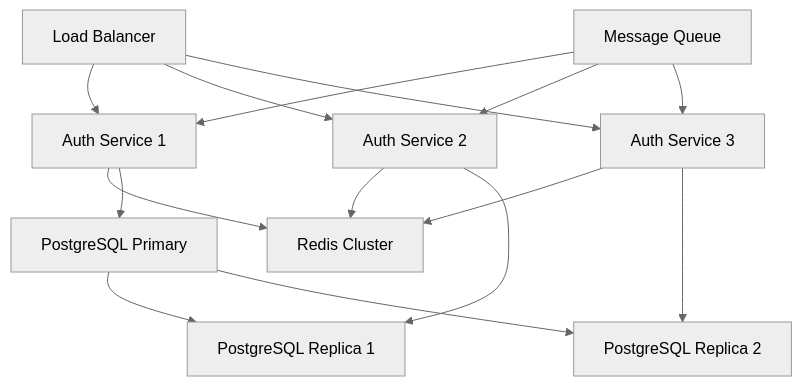
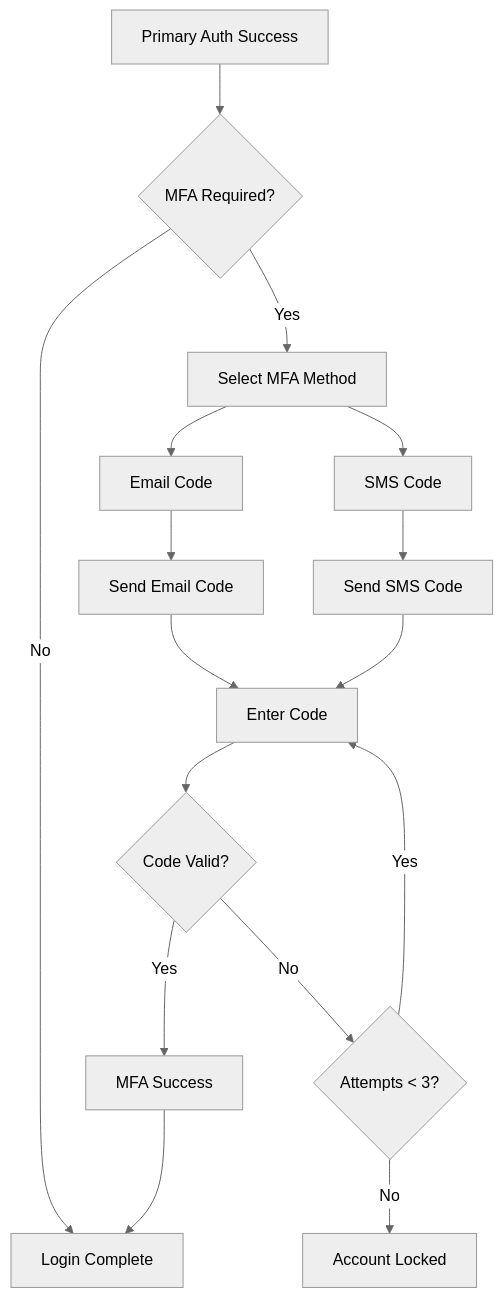
Before and after one commit to shayne007/blog: the sixth of 8 diagrams in source/_posts/Design-User-Login-Systems-with-SSO-Feature.md, drawn with Mermaid (neutral theme). The commit also changed other lines of this file, not shown here.

Commit message:
add user login system

````diff
--- a/source/_posts/Design-User-Login-Systems-with-SSO-Feature.md
+++ b/source/_posts/Design-User-Login-Systems-with-SSO-Feature.md
@@ -840,21 +239,18 @@
 ```mermaid
-graph TB
-    A[Load Balancer] --> B[Auth Service 1]
-    A --> C[Auth Service 2]
-    A --> D[Auth Service 3]
-    
-    B --> E[Redis Cluster]
-    C --> E
-    D --> E
-    
-    B --> F[PostgreSQL Primary]
-    C --> G[PostgreSQL Replica 1]
-    D --> H[PostgreSQL Replica 2]
-    
-    F --> G
-    F --> H
-    
-    I[Message Queue] --> B
-    I --> C
-    I --> D
+flowchart TD
+    A[Primary Auth Success] --> B{MFA Required?}
+    B -->|No| C[Login Complete]
+    B -->|Yes| D[Select MFA Method]
+    D --> E[Email Code]
+    D --> F[SMS Code]
+    E --> G[Send Email Code]
+    F --> H[Send SMS Code]
+    G --> I[Enter Code]
+    H --> I
+    I --> J{Code Valid?}
+    J -->|Yes| K[MFA Success]
+    J -->|No| L{Attempts < 3?}
+    L -->|Yes| I
+    L -->|No| M[Account Locked]
+    K --> C
 ```
````
